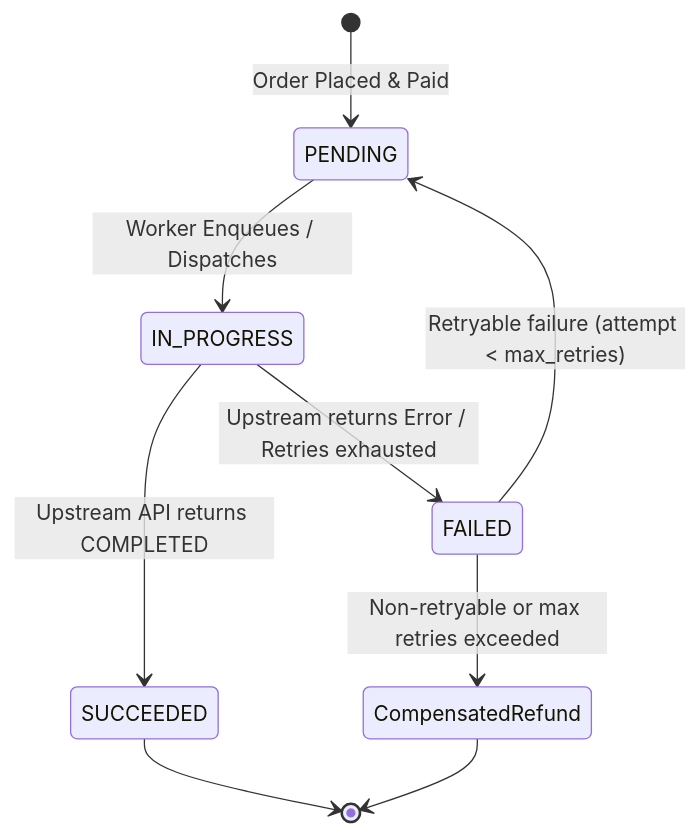
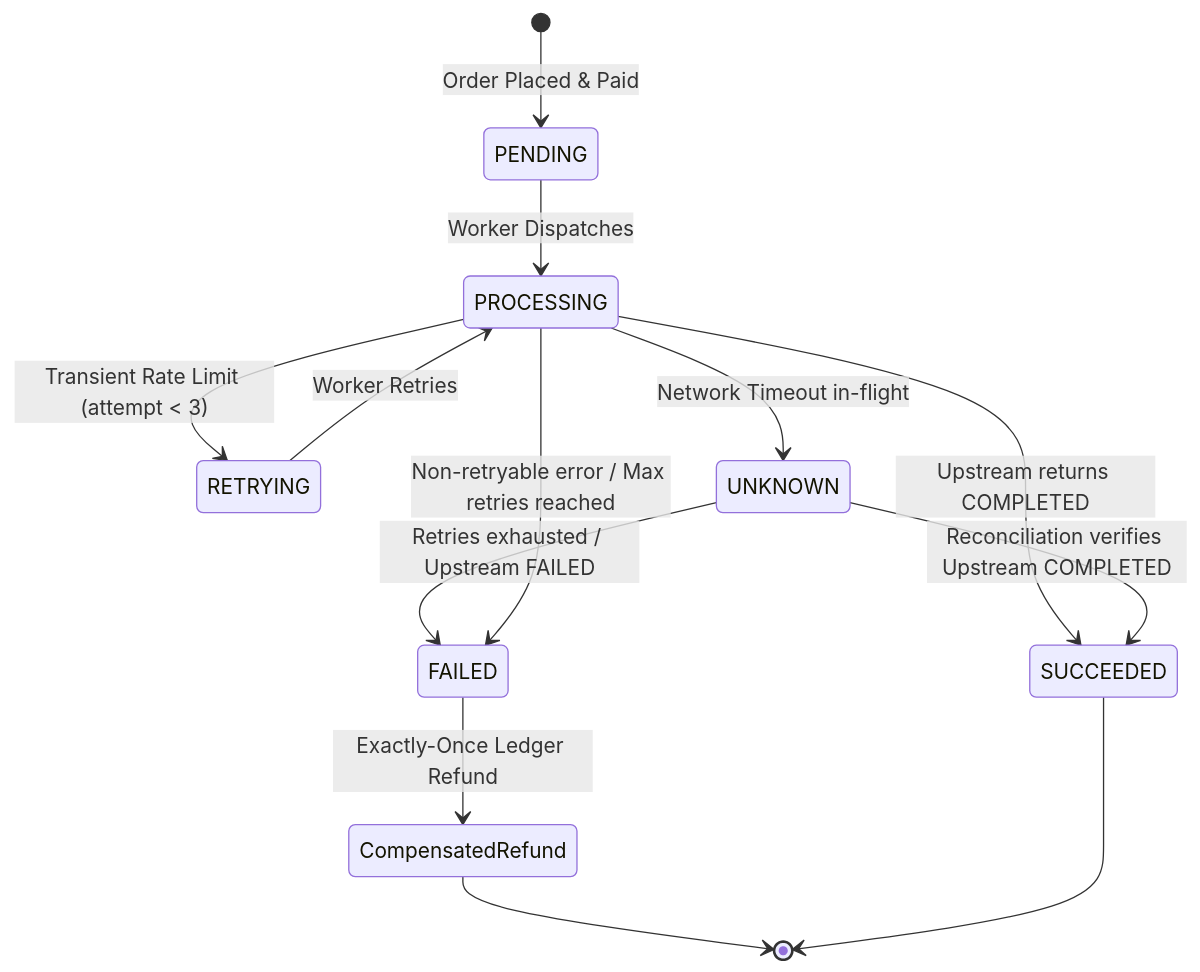
One commit to GH-ZX/GH-Bot-Factory changed the diagram in docs/architecture/fulfillment.md. Above: the diagram before and after it, drawn with Mermaid. The commit also changed other lines of this file and 12 other files, not shown here.

Commit message:
feat(phase4.1): production hardening for fulfillment engine, reconciliation, and ledger invariants

````diff
--- a/docs/architecture/fulfillment.md
+++ b/docs/architecture/fulfillment.md
@@ -14,14 +15,20 @@
 ```mermaid
 stateDiagram-v2
     [*] --> PENDING: Order Placed & Paid
-    PENDING --> IN_PROGRESS: Worker Enqueues / Dispatches
+    PENDING --> PROCESSING: Worker Dispatches
     
-    IN_PROGRESS --> SUCCEEDED: Upstream API returns COMPLETED
-    IN_PROGRESS --> FAILED: Upstream returns Error / Retries exhausted
+    PROCESSING --> SUCCEEDED: Upstream returns COMPLETED
+    PROCESSING --> RETRYING: Transient Rate Limit (attempt < 3)
+    PROCESSING --> UNKNOWN: Network Timeout in-flight
     
-    FAILED --> PENDING: Retryable failure (attempt < max_retries)
-    FAILED --> CompensatedRefund: Non-retryable or max retries exceeded
+    UNKNOWN --> SUCCEEDED: Reconciliation verifies Upstream COMPLETED
+    UNKNOWN --> FAILED: Retries exhausted / Upstream FAILED
     
+    RETRYING --> PROCESSING: Worker Retries
+    
+    PROCESSING --> FAILED: Non-retryable error / Max retries reached
+    
+    FAILED --> CompensatedRefund: Exactly-Once Ledger Refund
     CompensatedRefund --> [*]
     SUCCEEDED --> [*]
 ```
````
